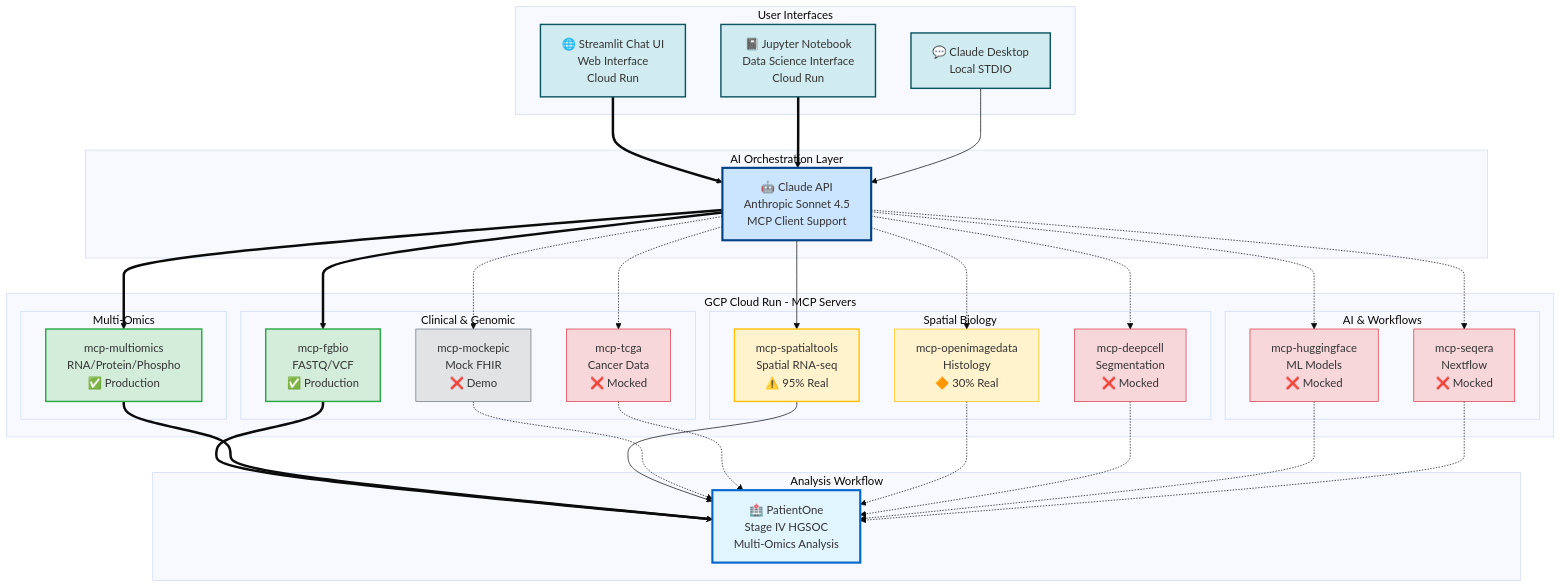
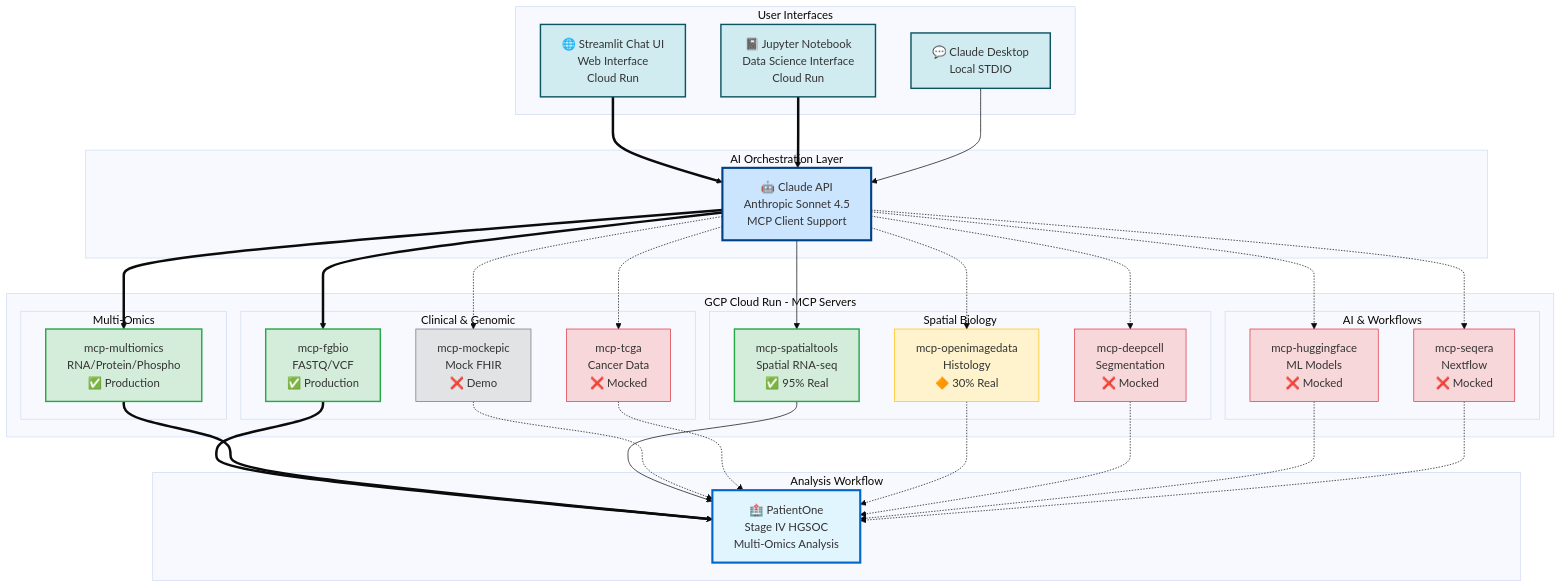
The first of 2 diagrams in README.md (lynnlangit/precision-medicine-mcp), drawn with Mermaid (base theme) before and after one commit. The commit also changed other lines of this file and 11 other files, not shown here.

````diff
--- a/README.md
+++ b/README.md
@@ -117,78 +128,78 @@
 ```mermaid
 graph TB
     subgraph "User Interfaces"
         STREAMLIT[🌐 Streamlit Chat UI<br/>Web Interface<br/>Cloud Run]
         JUPYTER[📓 Jupyter Notebook<br/>Data Science Interface<br/>Cloud Run]
         DESKTOP[💬 Claude Desktop<br/>Local STDIO]
     end
 
     subgraph "AI Orchestration Layer"
         API[🤖 Claude API<br/>Anthropic Sonnet 4.5<br/>MCP Client Support]
     end
 
     subgraph "GCP Cloud Run - MCP Servers"
         subgraph "Clinical & Genomic"
             EPIC[mcp-mockepic<br/>Mock FHIR<br/>❌ Demo]
             FGBIO[mcp-fgbio<br/>FASTQ/VCF<br/>✅ Production]
             TCGA[mcp-tcga<br/>Cancer Data<br/>❌ Mocked]
         end
 
         subgraph "Multi-Omics"
             MULTI[mcp-multiomics<br/>RNA/Protein/Phospho<br/>✅ Production]
         end
 
         subgraph "Spatial Biology"
-            SPATIAL[mcp-spatialtools<br/>Spatial RNA-seq<br/>⚠️ 95% Real]
+            SPATIAL[mcp-spatialtools<br/>Spatial RNA-seq<br/>✅ 95% Real]
             IMAGE[mcp-openimagedata<br/>Histology<br/>🔶 30% Real]
             DEEPCELL[mcp-deepcell<br/>Segmentation<br/>❌ Mocked]
         end
 
         subgraph "AI & Workflows"
             HF[mcp-huggingface<br/>ML Models<br/>❌ Mocked]
             SEQERA[mcp-seqera<br/>Nextflow<br/>❌ Mocked]
         end
     end
 
     subgraph "Analysis Workflow"
         PATIENT[🏥 PatientOne<br/>Stage IV HGSOC<br/>Multi-Omics Analysis]
     end
 
     STREAMLIT ==> API
     JUPYTER ==> API
     DESKTOP --> API
 
     API ==> FGBIO
     API ==> MULTI
     API --> SPATIAL
     API -.-> EPIC
     API -.-> TCGA
     API -.-> IMAGE
     API -.-> DEEPCELL
     API -.-> HF
     API -.-> SEQERA
 
     FGBIO ==> PATIENT
     MULTI ==> PATIENT
     SPATIAL --> PATIENT
     EPIC -.-> PATIENT
     TCGA -.-> PATIENT
     IMAGE -.-> PATIENT
     DEEPCELL -.-> PATIENT
     HF -.-> PATIENT
     SEQERA -.-> PATIENT
 
     style STREAMLIT fill:#d1ecf1,stroke:#0c5460,stroke-width:2px
     style JUPYTER fill:#d1ecf1,stroke:#0c5460,stroke-width:2px
     style DESKTOP fill:#d1ecf1,stroke:#0c5460,stroke-width:2px
     style API fill:#cce5ff,stroke:#004085,stroke-width:3px
     style PATIENT fill:#e1f5ff,stroke:#0066cc,stroke-width:3px
     style FGBIO fill:#d4edda,stroke:#28a745,stroke-width:2px
     style MULTI fill:#d4edda,stroke:#28a745,stroke-width:2px
-    style SPATIAL fill:#fff3cd,stroke:#ffc107,stroke-width:2px
+    style SPATIAL fill:#d4edda,stroke:#28a745,stroke-width:2px
     style IMAGE fill:#fff3cd,stroke:#ffc107,stroke-width:1px
     style TCGA fill:#f8d7da,stroke:#dc3545,stroke-width:1px
     style DEEPCELL fill:#f8d7da,stroke:#dc3545,stroke-width:1px
     style HF fill:#f8d7da,stroke:#dc3545,stroke-width:1px
     style SEQERA fill:#f8d7da,stroke:#dc3545,stroke-width:1px
     style EPIC fill:#e2e3e5,stroke:#6c757d,stroke-width:1px
 ```
````
